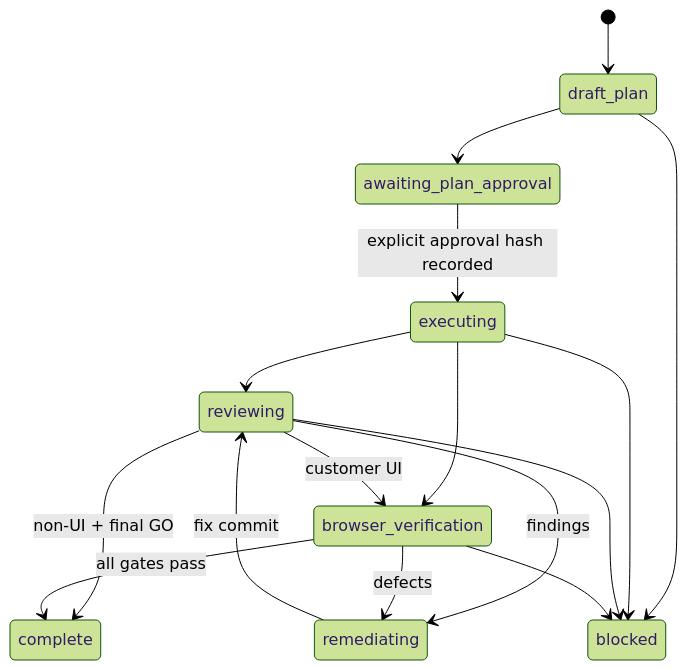
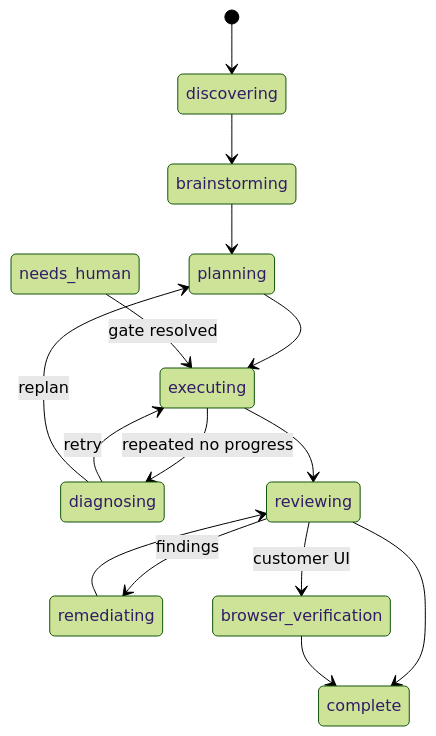
Before and after one commit to wantanwonderland/codex-dev-orchestrator: the second of 3 diagrams in README.md, drawn with Mermaid (forest theme). The commit also changed other lines of this file and 55 other files, not shown here.

````diff
--- a/README.md
+++ b/README.md
@@ -625,18 +28,17 @@
 ```mermaid
 stateDiagram-v2
-    [*] --> draft_plan
-    draft_plan --> awaiting_plan_approval
-    awaiting_plan_approval --> executing: explicit approval hash recorded
-    executing --> reviewing
-    executing --> browser_verification
-    reviewing --> remediating: findings
-    remediating --> reviewing: fix commit
-    reviewing --> browser_verification: customer UI
-    reviewing --> complete: non-UI + final GO
-    browser_verification --> remediating: defects
-    browser_verification --> complete: all gates pass
-    draft_plan --> blocked
-    executing --> blocked
-    reviewing --> blocked
-    browser_verification --> blocked
+  [*] --> discovering
+  discovering --> brainstorming
+  brainstorming --> planning
+  planning --> executing
+  executing --> diagnosing: repeated no progress
+  diagnosing --> executing: retry
+  diagnosing --> planning: replan
+  executing --> reviewing
+  reviewing --> remediating: findings
+  remediating --> reviewing
+  reviewing --> browser_verification: customer UI
+  reviewing --> complete
+  browser_verification --> complete
+  needs_human --> executing: gate resolved
 ```
````
